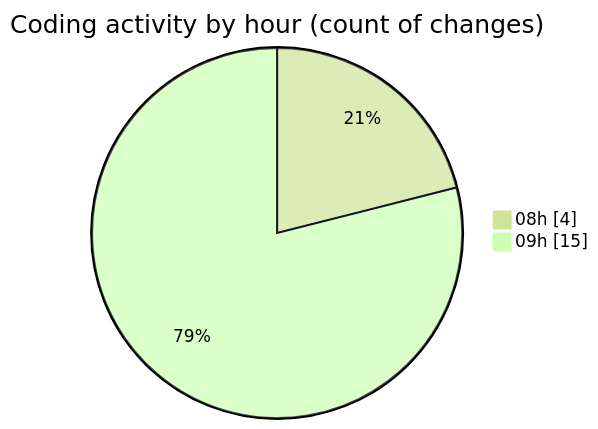
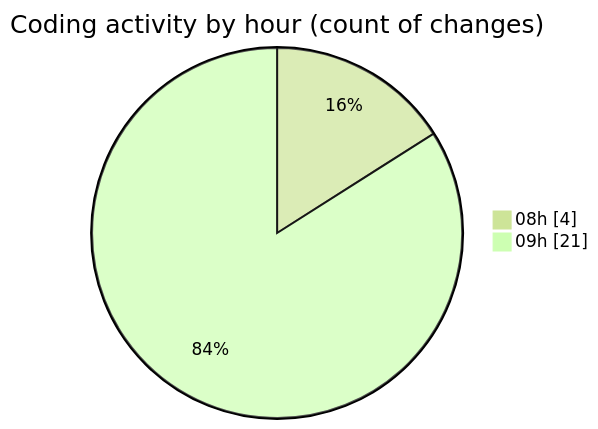
One commit to becaeroporto-bot/code-tracking changed the second of 2 diagrams in 2026-02-19/bot_v1_2/README.md. Above: the diagram before and after it, drawn with Mermaid (forest theme). The commit also changed other lines of this file and 1 other file, not shown here.

````diff
--- a/2026-02-19/bot_v1_2/README.md
+++ b/2026-02-19/bot_v1_2/README.md
@@ -34,6 +34,6 @@
 ```mermaid
 pie showData
 title Coding activity by hour (count of changes)
 "08h" : 4
-"09h" : 15
+"09h" : 21
 ```
````
